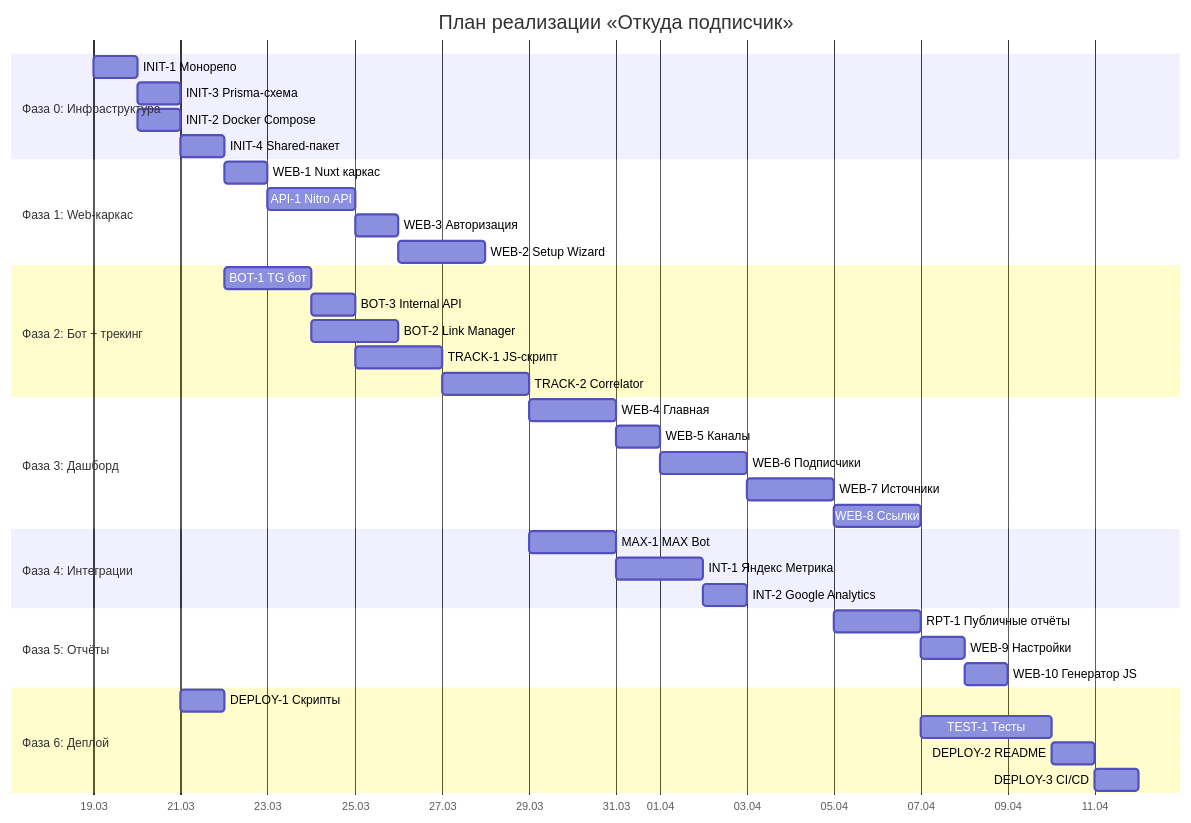
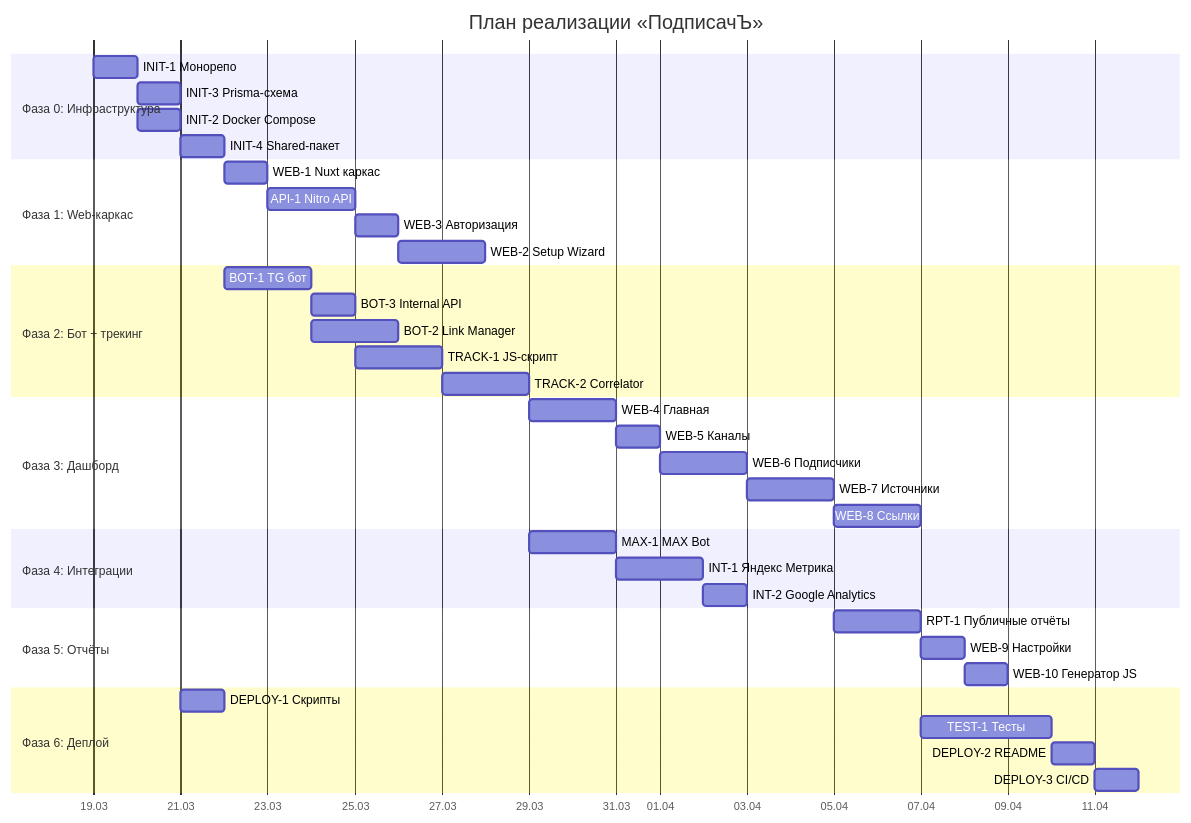
Before and after one commit to VKirill/podpisach: the eighth of 9 diagrams in PROJECT.md, drawn with Mermaid. The commit also changed other lines of this file and 14 other files, not shown here.

Commit message:
rename: Откуда подписчик → ПодписачЪ (podpisach)

````diff
--- a/PROJECT.md
+++ b/PROJECT.md
@@ -1798,48 +1798,48 @@
 ```mermaid
 gantt
-    title План реализации «Откуда подписчик»
+    title План реализации «ПодписачЪ»
     dateFormat  YYYY-MM-DD
     axisFormat  %d.%m
 
     section Фаза 0: Инфраструктура
     INIT-1 Монорепо              :init1, 2026-03-19, 1d
     INIT-3 Prisma-схема          :init3, after init1, 1d
     INIT-2 Docker Compose        :init2, after init1, 1d
     INIT-4 Shared-пакет          :init4, after init3, 1d
 
     section Фаза 1: Web-каркас
     WEB-1 Nuxt каркас            :web1, after init4, 1d
     API-1 Nitro API              :api1, after web1, 2d
     WEB-3 Авторизация            :web3, after api1, 1d
     WEB-2 Setup Wizard           :web2, after web3, 2d
 
     section Фаза 2: Бот + трекинг
     BOT-1 TG бот                 :bot1, after init4, 2d
     BOT-3 Internal API           :bot3, after bot1, 1d
     BOT-2 Link Manager           :bot2, after bot1, 2d
     TRACK-1 JS-скрипт            :track1, after bot3, 2d
     TRACK-2 Correlator           :track2, after track1, 2d
 
     section Фаза 3: Дашборд
     WEB-4 Главная                :web4, after track2, 2d
     WEB-5 Каналы                 :web5, after web4, 1d
     WEB-6 Подписчики             :web6, after web5, 2d
     WEB-7 Источники              :web7, after web6, 2d
     WEB-8 Ссылки                 :web8, after web7, 2d
 
     section Фаза 4: Интеграции
     MAX-1 MAX Bot                :max1, after track2, 2d
     INT-1 Яндекс Метрика        :int1, after max1, 2d
     INT-2 Google Analytics       :int2, after int1, 1d
 
     section Фаза 5: Отчёты
     RPT-1 Публичные отчёты       :rpt1, after web7, 2d
     WEB-9 Настройки              :web9, after rpt1, 1d
     WEB-10 Генератор JS          :web10, after web9, 1d
 
     section Фаза 6: Деплой
     DEPLOY-1 Скрипты             :dep1, after init2, 1d
     TEST-1 Тесты                 :test1, after rpt1, 3d
     DEPLOY-2 README              :dep2, after test1, 1d
     DEPLOY-3 CI/CD               :dep3, after dep2, 1d
 ```
````
